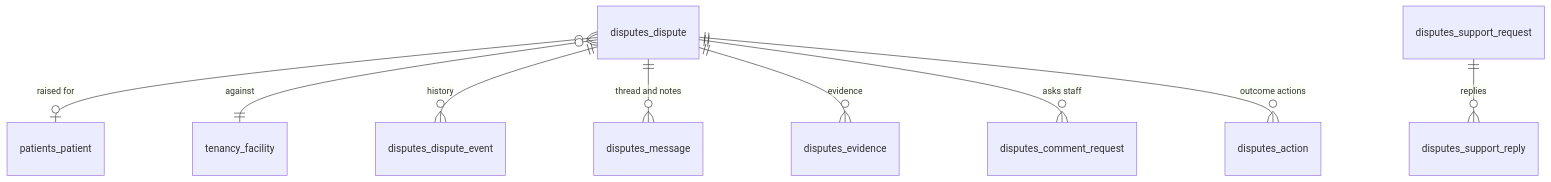
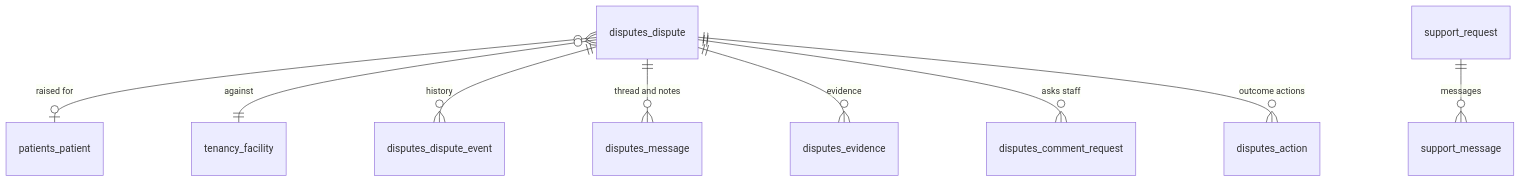
One commit to B-Pine/medilink-rwanda changed diagram 11 of 12 in docs/architecture/04-database-design.md. Above: the diagram before and after it, drawn with Mermaid. The commit also changed other lines of this file and 5 other files, not shown here.

````diff
--- a/docs/architecture/04-database-design.md
+++ b/docs/architecture/04-database-design.md
@@ -709,11 +709,11 @@
 ```mermaid
 erDiagram
     disputes_dispute }o--o| patients_patient : "raised for"
     disputes_dispute }o--|| tenancy_facility : "against"
     disputes_dispute ||--o{ disputes_dispute_event : "history"
     disputes_dispute ||--o{ disputes_message : "thread and notes"
     disputes_dispute ||--o{ disputes_evidence : "evidence"
     disputes_dispute ||--o{ disputes_comment_request : "asks staff"
     disputes_dispute ||--o{ disputes_action : "outcome actions"
-    disputes_support_request ||--o{ disputes_support_reply : "replies"
+    support_request ||--o{ support_message : "messages"
 ```
````
